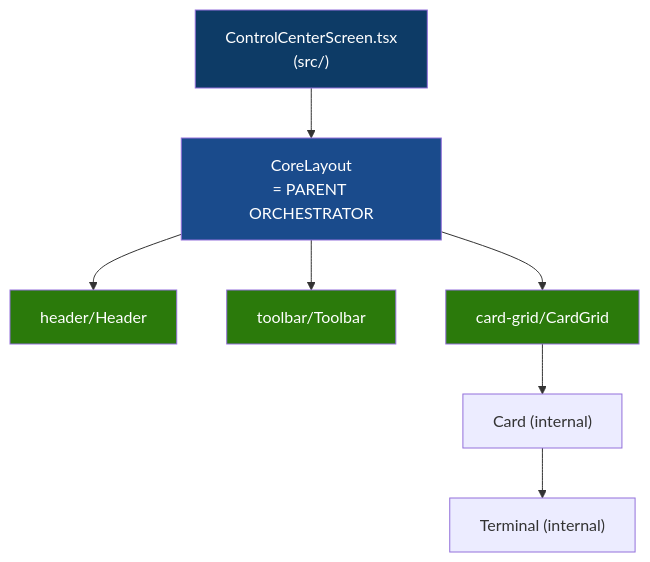
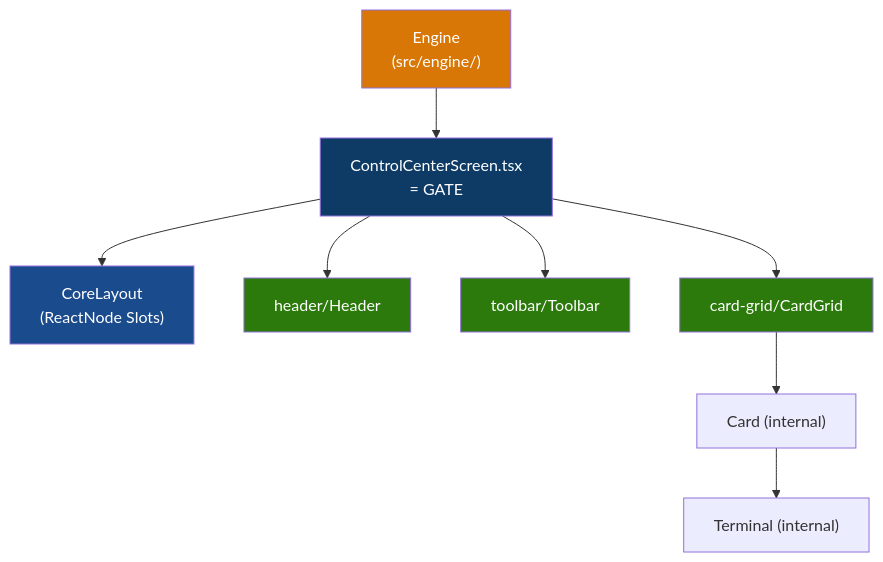
One commit to yuzhayo/dhepil-suite changed the diagram in PLAYBOOK.md. Above: the diagram before and after it, drawn with Mermaid. The commit also changed other lines of this file and 31 other files, not shown here.

Commit message:
refactor(ui): make CoreUI generic, decoupled from engine, and slot-based

````diff
--- a/PLAYBOOK.md
+++ b/PLAYBOOK.md
@@ -90,16 +103,18 @@
 ```mermaid
 graph TD
-    Screen["ControlCenterScreen.tsx<br/>(src/)"] --> CoreLayout["CoreLayout<br/>= PARENT ORCHESTRATOR"]
-    CoreLayout --> Header["header/Header"]
-    CoreLayout --> Toolbar["toolbar/Toolbar"]
-    CoreLayout --> Grid["card-grid/CardGrid"]
-    
+    Engine["Engine<br/>(src/engine/)"] --> Gate["ControlCenterScreen.tsx<br/>= GATE"]
+    Gate --> CoreLayout["CoreLayout<br/>(ReactNode Slots)"]
+    Gate --> Header["header/Header"]
+    Gate --> Toolbar["toolbar/Toolbar"]
+    Gate --> Grid["card-grid/CardGrid"]
+
     Grid --> Card["Card (internal)"]
     Card --> Terminal["Terminal (internal)"]
 
     style CoreLayout fill:#1a4b8c,color:#fff
-    style Screen fill:#0d3b66,color:#fff
+    style Gate fill:#0d3b66,color:#fff
+    style Engine fill:#d97706,color:#fff
     style Header fill:#2b7a0b,color:#fff
     style Toolbar fill:#2b7a0b,color:#fff
     style Grid fill:#2b7a0b,color:#fff
 ```
````
